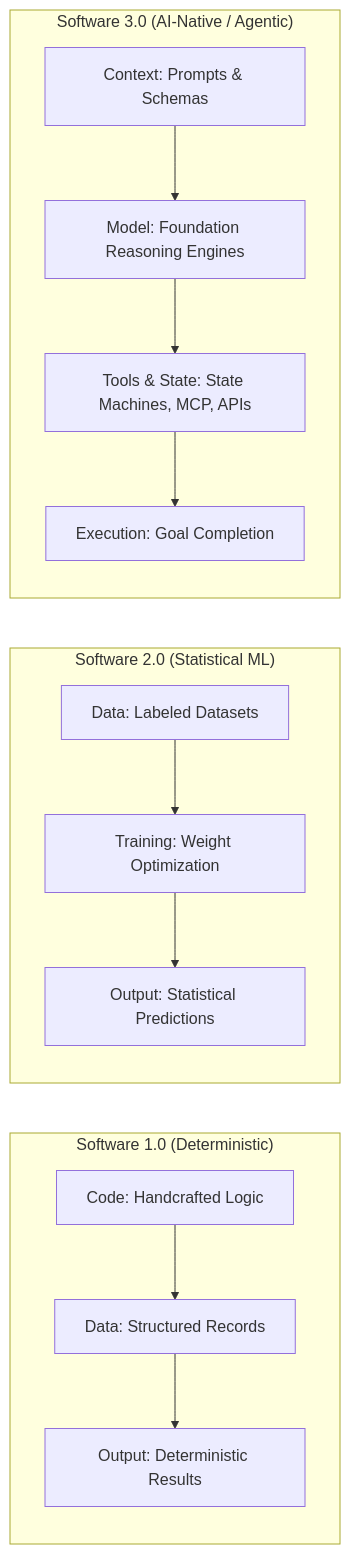
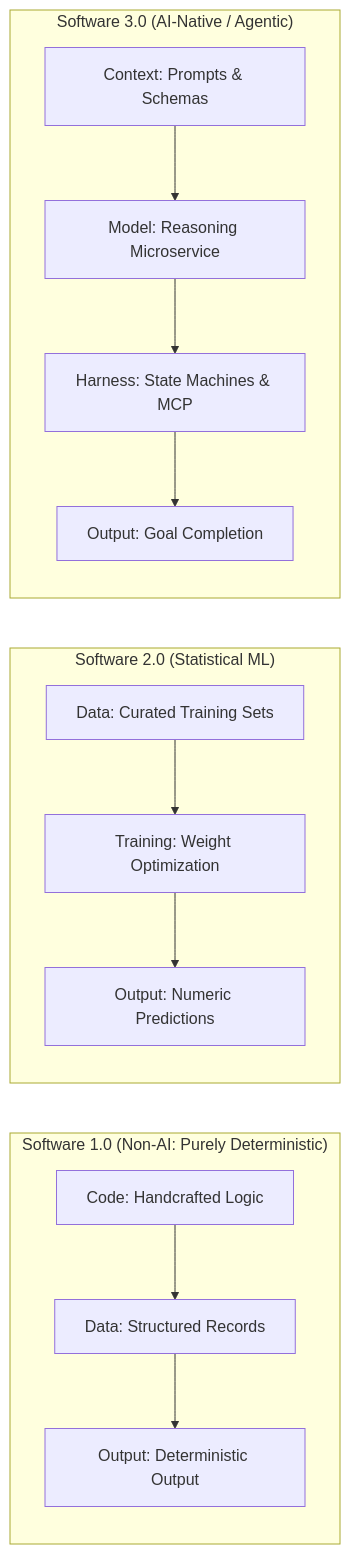
The second of 4 diagrams in senior-transition-guide.md (dip4k/senior-engineer-to-ai-engineer-roadmap), drawn with Mermaid before and after one commit. The commit also changed other lines of this file and 69 other files, not shown here.

First line of the commit message:
Add enterprise AI architectural use cases and detailed blueprints

````diff
--- a/senior-transition-guide.md
+++ b/senior-transition-guide.md
@@ -34,18 +41,18 @@
 ```mermaid
 flowchart LR
-    subgraph S1["Software 1.0 (Deterministic)"]
+    subgraph S1["Software 1.0 (Non-AI: Purely Deterministic)"]
         A1["Code: Handcrafted Logic"] --> B1["Data: Structured Records"]
-        B1 --> C1["Output: Deterministic Results"]
+        B1 --> C1["Output: Deterministic Output"]
     end
 
     subgraph S2["Software 2.0 (Statistical ML)"]
-        A2["Data: Labeled Datasets"] --> B2["Training: Weight Optimization"]
-        B2 --> C2["Output: Statistical Predictions"]
+        A2["Data: Curated Training Sets"] --> B2["Training: Weight Optimization"]
+        B2 --> C2["Output: Numeric Predictions"]
     end
 
     subgraph S3["Software 3.0 (AI-Native / Agentic)"]
-        A3["Context: Prompts & Schemas"] --> B3["Model: Foundation Reasoning Engines"]
-        B3 --> C3["Tools & State: State Machines, MCP, APIs"]
-        C3 --> D3["Execution: Goal Completion"]
+        A3["Context: Prompts & Schemas"] --> B3["Model: Reasoning Microservice"]
+        B3 --> C3["Harness: State Machines & MCP"]
+        C3 --> D3["Output: Goal Completion"]
     end
 ```
````
